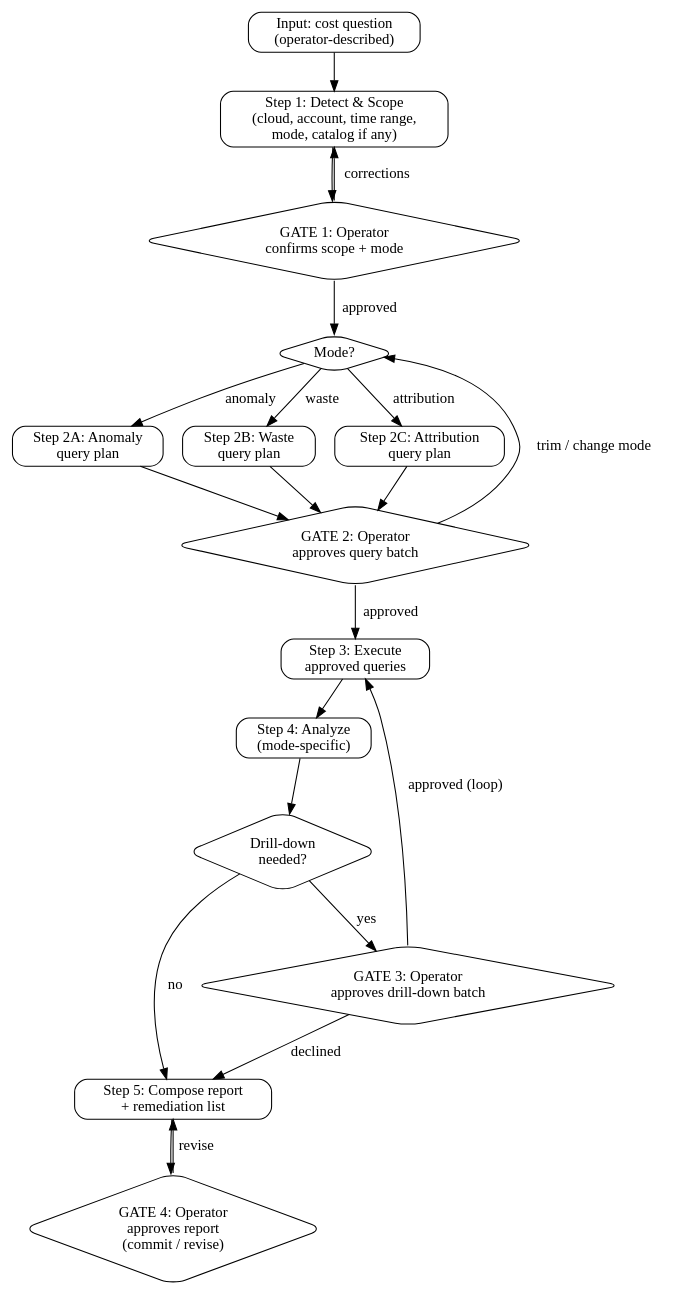
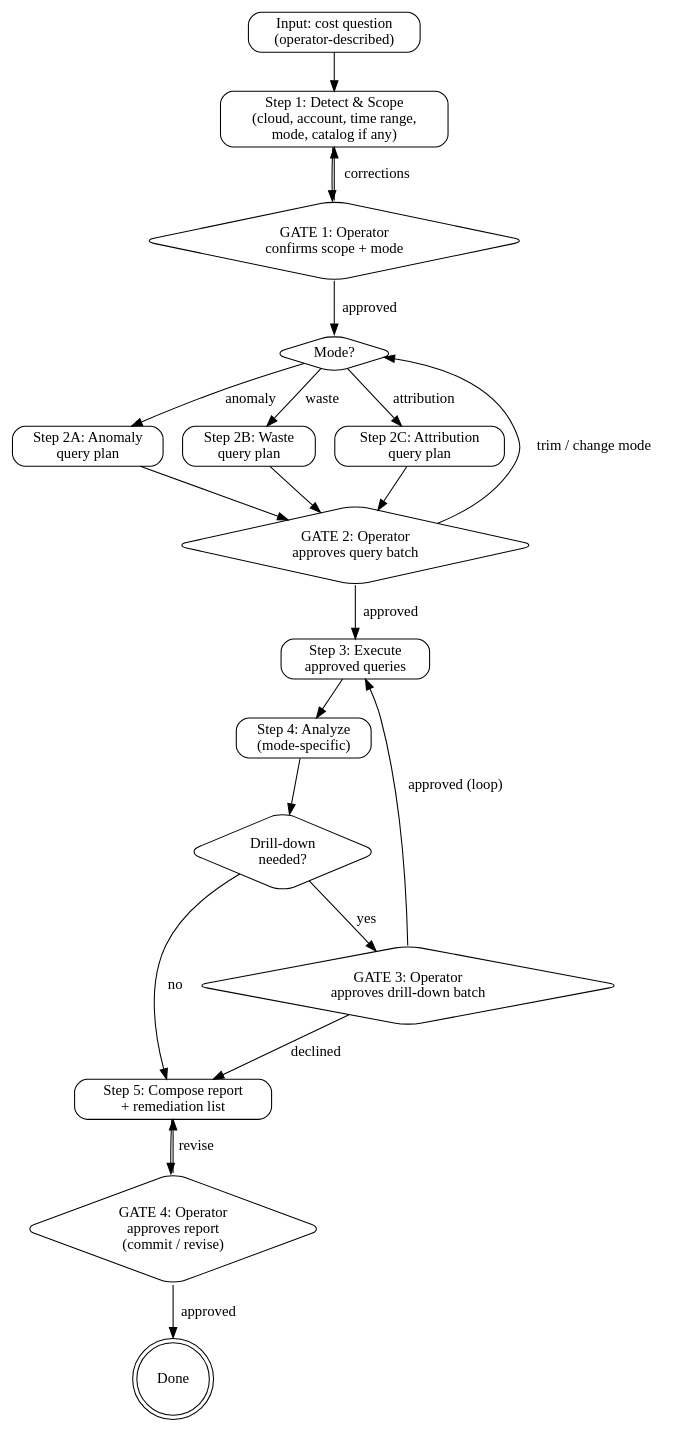
Before and after one commit to culiops/culiops-agent: the diagram in skills/cloud-cost-investigate/SKILL.md, drawn with Graphviz. The commit also changed other lines of this file, not shown here.

Commit message:
cloud-cost-investigate: fix SKILL.md workflow diagram and clarify scope-slug

````diff
--- a/skills/cloud-cost-investigate/SKILL.md
+++ b/skills/cloud-cost-investigate/SKILL.md
@@ -68,42 +68,44 @@
 ```dot
 digraph cost_investigate {
     rankdir=TB;
     node [shape=box, style=rounded];
 
     input    [label="Input: cost question\n(operator-described)"];
     detect   [label="Step 1: Detect & Scope\n(cloud, account, time range,\nmode, catalog if any)"];
     gate1    [label="GATE 1: Operator\nconfirms scope + mode", shape=diamond];
     branch   [label="Mode?", shape=diamond];
     qa       [label="Step 2A: Anomaly\nquery plan"];
     qw       [label="Step 2B: Waste\nquery plan"];
     qattr    [label="Step 2C: Attribution\nquery plan"];
     gate2    [label="GATE 2: Operator\napproves query batch", shape=diamond];
     exec     [label="Step 3: Execute\napproved queries"];
     analyze  [label="Step 4: Analyze\n(mode-specific)"];
     drill    [label="Drill-down\nneeded?", shape=diamond];
     gate3    [label="GATE 3: Operator\napproves drill-down batch", shape=diamond];
     report   [label="Step 5: Compose report\n+ remediation list"];
     gate4    [label="GATE 4: Operator\napproves report\n(commit / revise)", shape=diamond];
+    done     [label="Done", shape=doublecircle];
 
     input -> detect;
     detect -> gate1;
     gate1 -> branch       [label="approved"];
     gate1 -> detect       [label="corrections"];
     branch -> qa          [label="anomaly"];
     branch -> qw          [label="waste"];
     branch -> qattr       [label="attribution"];
     qa -> gate2;
     qw -> gate2;
     qattr -> gate2;
     gate2 -> exec         [label="approved"];
     gate2 -> branch       [label="trim / change mode"];
     exec -> analyze;
     analyze -> drill;
     drill -> gate3        [label="yes"];
     drill -> report       [label="no"];
     gate3 -> exec         [label="approved (loop)"];
     gate3 -> report       [label="declined"];
     report -> gate4;
     gate4 -> report       [label="revise"];
+    gate4 -> done         [label="approved"];
 }
 ```
````
